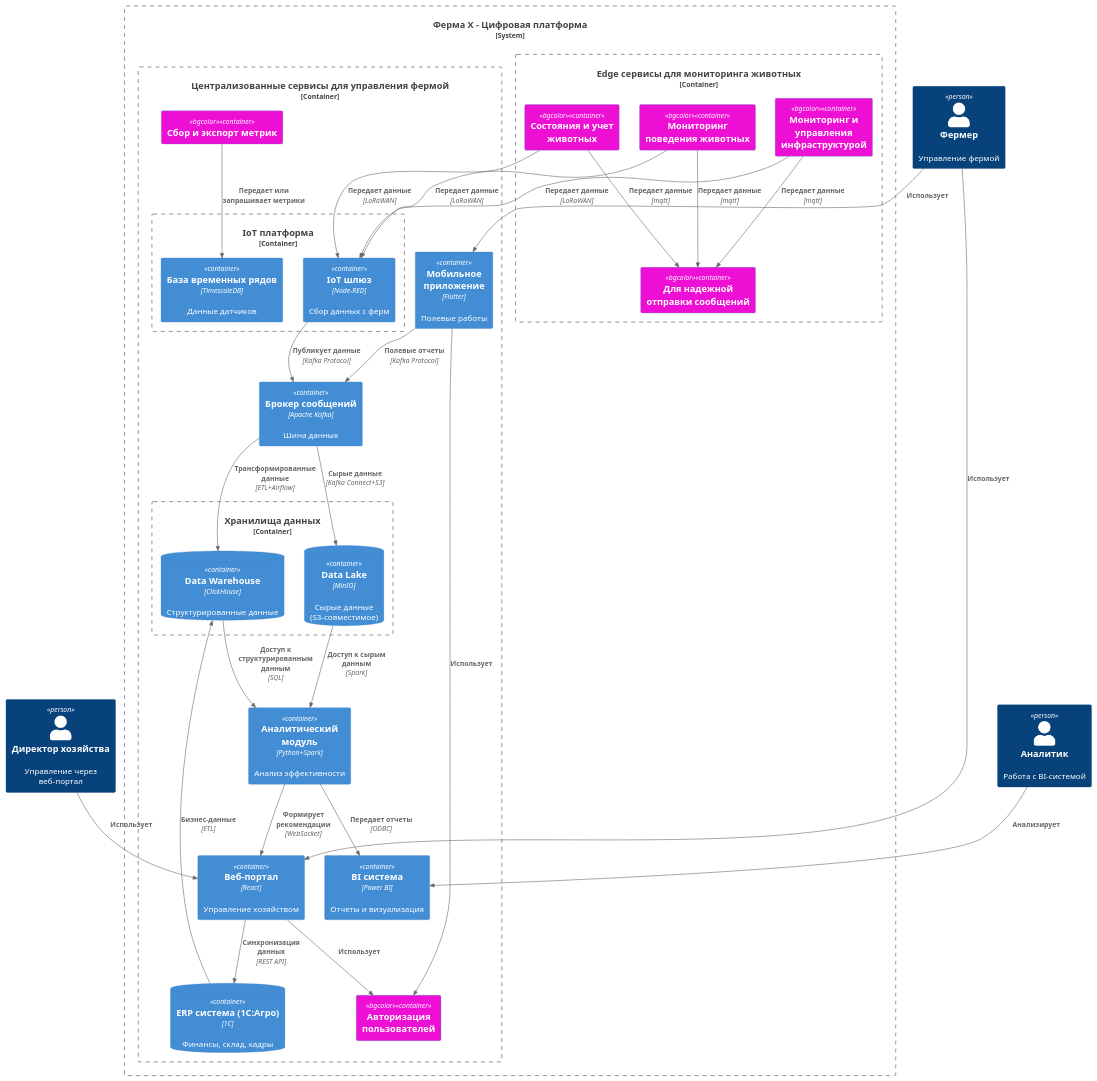
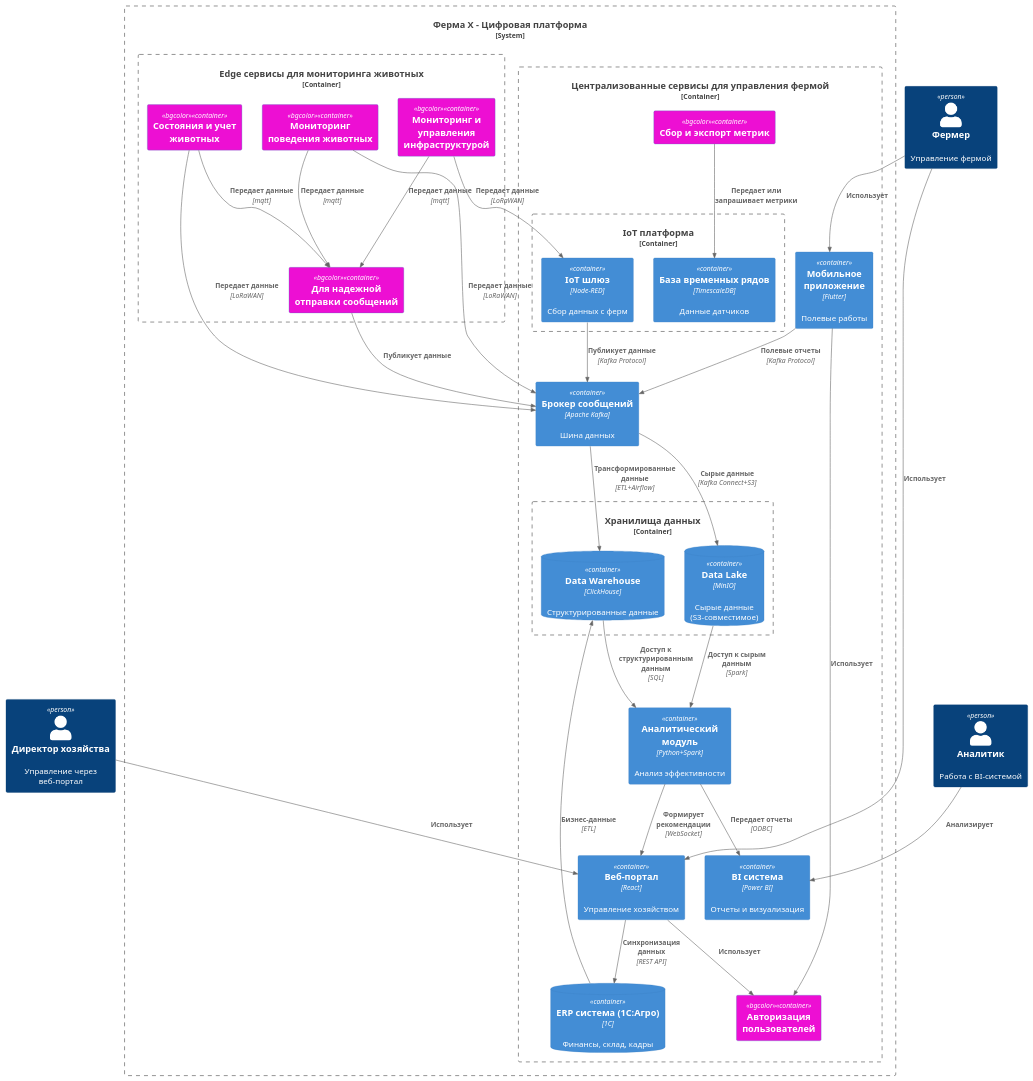
Before and after one commit to sharov-am/MSA-AgroTech: the diagram in Task2/c2_fermtech_main.puml, drawn with PlantUML. The commit also changed 3 other files, not shown here.

```diff
--- a/Task2/c2_fermtech_main.puml
+++ b/Task2/c2_fermtech_main.puml
@@ -1,80 +1,79 @@
 @startuml Архитектура_АгроТех_Системы_v4
 
 !include https://raw.githubusercontent.com/plantuml-stdlib/C4-PlantUML/master/C4_Container.puml
 
 
 AddSystemTag("bgcolor", $bgColor="#ed0fd3ff")
 
 ' === Участники ===
 Person(директор, "Директор хозяйства", "Управление через веб-портал")
 Person(аналитик, "Аналитик", "Работа с BI-системой")
 Person(фермер, "Фермер", "Управление фермой")
 
 System_Boundary(платформа, "Ферма Х - Цифровая платформа") {
        Container_Boundary(edge_сервисы, "Edge сервисы для мониторинга животных" ) {
         Container(мониторинг_поведения_животных, "Мониторинг поведения животных", $tags="bgcolor")
         Container(инфраструктура_фермы, "Мониторинг и управления  инфраструктурой", $tags="bgcolor")        
         Container(состояние_и_учет, "Состояния и учет животных", $tags="bgcolor")
         Container(модем, "Для надежной отправки сообщений", $tags="bgcolor")
     }
     
     Container_Boundary(централизованные_сервисы, "Централизованные сервисы для управления фермой" ) {
         Container(метрики, "Сбор и экспорт метрик", $tags="bgcolor")
         Container(авторизация, "Авторизация пользователей", $tags="bgcolor")
         Container(kafka, "Брокер сообщений", "Apache Kafka", "Шина данных")
         
         Container_Boundary(iot_платформа, "IoT платформа") {
                    Container(iot_шлюз, "IoT шлюз", "Node-RED", "Сбор данных с ферм")
                    Container(tsdb, "База временных рядов", "TimescaleDB", "Данные датчиков")
        }
 
         Container(веб_портал, "Веб-портал", "React", "Управление хозяйством")
         Container(мобильное_приложение, "Мобильное приложение", "Flutter", "Полевые работы")
         ContainerDb(erp, "ERP система (1С:Агро)", "1С", "Финансы, склад, кадры")
                  
         Container_Boundary(данные, "Хранилища данных") {
            ContainerDb(data_lake, "Data Lake", "MinIO", "Сырые данные (S3-совместимое)")
            ContainerDb(dwh, "Data Warehouse", "ClickHouse", "Структурированные данные")
     }
     
     Container(bi, "BI система", "Power BI", "Отчеты и визуализация")
     Container(аналитика, "Аналитический модуль", "Python+Spark", "Анализ эффективности")
     }
 }
 
 ' === Взаимосвязи ===
 Rel(директор, веб_портал, "Использует")
 Rel(аналитик, bi, "Анализирует")
 Rel(фермер, веб_портал, "Использует")
 Rel(фермер, мобильное_приложение, "Использует")
 
 ' Центральная Kafka
 Rel(iot_шлюз, kafka, "Публикует данные", "Kafka Protocol")
 Rel(kafka, data_lake, "Сырые данные", "Kafka Connect+S3")
 Rel(kafka, dwh, "Трансформированные данные", "ETL+Airflow")
-
+Rel(модем, kafka, "Публикует данные")
 
 ' Аналитика
 Rel(data_lake, аналитика, "Доступ к сырым данным", "Spark")
 Rel(dwh, аналитика, "Доступ к структурированным данным", "SQL")
 Rel(аналитика, bi, "Передает отчеты", "ODBC")
 Rel(аналитика, веб_портал, "Формирует рекомендации", "WebSocket")
 
 ' ERP интеграция
 Rel(веб_портал, erp, "Синхронизация данных", "REST API")
 Rel(erp, dwh, "Бизнес-данные", "ETL")
 Rel(мобильное_приложение, kafka, "Полевые отчеты", "Kafka Protocol")
 
 ' Фермерские системы
 Rel(веб_портал, авторизация, "Использует")
-Rel(мониторинг_поведения_животных, iot_шлюз, "Передает данные", "LoRaWAN")
-Rel(состояние_и_учет, iot_шлюз, "Передает данные", "LoRaWAN")
+Rel(мониторинг_поведения_животных, kafka, "Передает данные", "LoRaWAN")
+Rel(состояние_и_учет, kafka, "Передает данные", "LoRaWAN")
 Rel(метрики, tsdb, "Передает или запрашивает метрики")
 Rel(инфраструктура_фермы, iot_шлюз, "Передает данные", "LoRaWAN")
 Rel(мобильное_приложение, авторизация, "Использует")
 Rel(мониторинг_поведения_животных, модем, "Передает данные", "mqtt")
 Rel(состояние_и_учет, модем, "Передает данные", "mqtt")
 Rel(инфраструктура_фермы, модем, "Передает данные", "mqtt")
 
-
 @enduml
```
